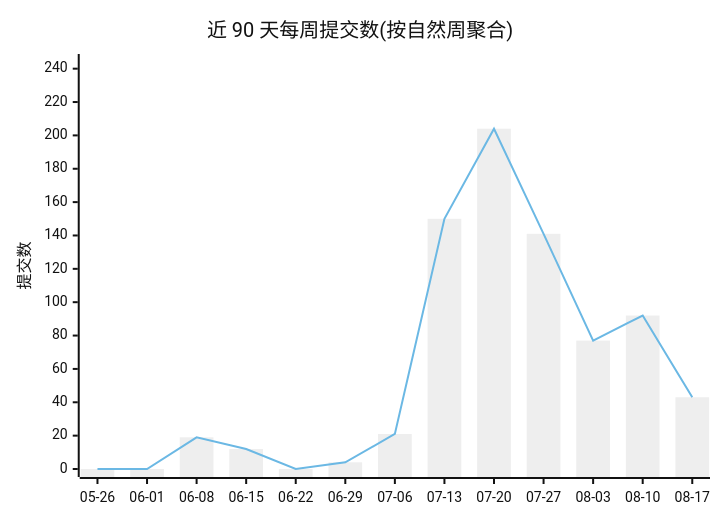
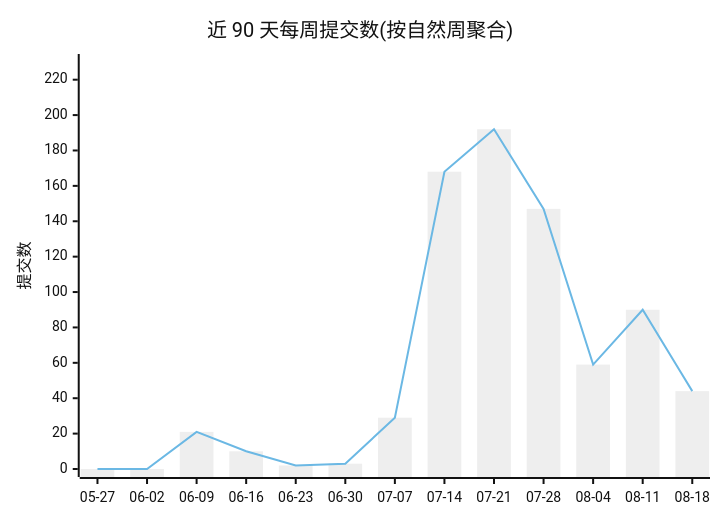
The first of 2 diagrams in profile/README.md (Conflux-Union/.github), drawn with Mermaid (neutral theme) before and after one commit. The commit also changed other lines of this file and 1 other file, not shown here.

````diff
--- a/profile/README.md
+++ b/profile/README.md
@@ -44,8 +44,8 @@
 ```mermaid
 xychart-beta
     title "近 90 天每周提交数(按自然周聚合)"
-    x-axis ["05-26", "06-01", "06-08", "06-15", "06-22", "06-29", "07-06", "07-13", "07-20", "07-27", "08-03", "08-10", "08-17"]
-    y-axis "提交数" 0 --> 244
-    bar [0, 0, 19, 12, 0, 4, 21, 150, 204, 141, 77, 92, 43]
-    line [0, 0, 19, 12, 0, 4, 21, 150, 204, 141, 77, 92, 43]
+    x-axis ["05-27", "06-02", "06-09", "06-16", "06-23", "06-30", "07-07", "07-14", "07-21", "07-28", "08-04", "08-11", "08-18"]
+    y-axis "提交数" 0 --> 230
+    bar [0, 0, 21, 10, 2, 3, 29, 168, 192, 147, 59, 90, 44]
+    line [0, 0, 21, 10, 2, 3, 29, 168, 192, 147, 59, 90, 44]
 ```
````
